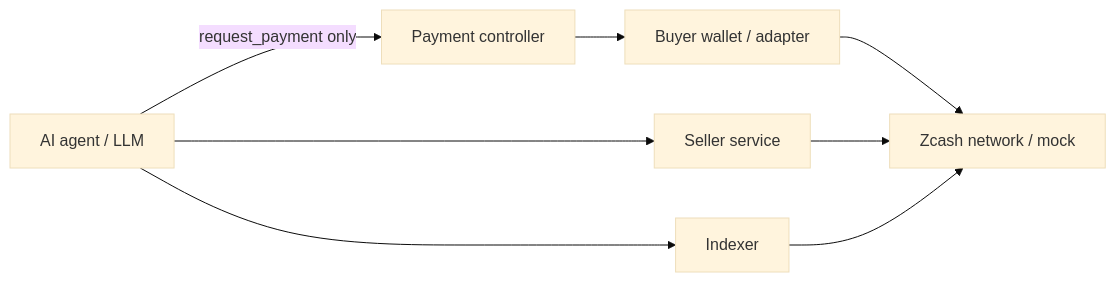
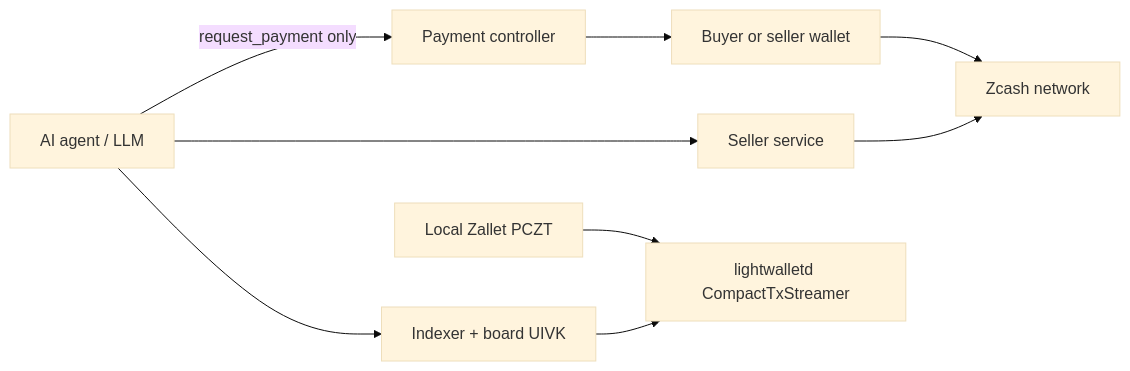
The diagram in docs/threat-model.md (ZADP-protocol/ZADP), drawn with Mermaid (base theme) before and after one commit. The commit also changed other lines of this file and 6 other files, not shown here.

````diff
--- a/docs/threat-model.md
+++ b/docs/threat-model.md
@@ -20,17 +20,20 @@
 ```mermaid
 flowchart LR
   Agent[AI agent / LLM]
   PayCtl[Payment controller]
-  Wallet[Buyer wallet / adapter]
-  Indexer[Indexer]
+  Wallet[Buyer or seller wallet]
+  Indexer[Indexer + board UIVK]
   Seller[Seller service]
-  Chain[Zcash network / mock]
+  Lwd[lightwalletd CompactTxStreamer]
+  Zallet[Local Zallet PCZT]
+  Chain[Zcash network]
 
   Agent -->|request_payment only| PayCtl
   PayCtl --> Wallet
   Wallet --> Chain
+  Zallet --> Lwd
+  Indexer --> Lwd
   Seller --> Chain
-  Indexer --> Chain
   Agent --> Indexer
   Agent --> Seller
 ```
````
